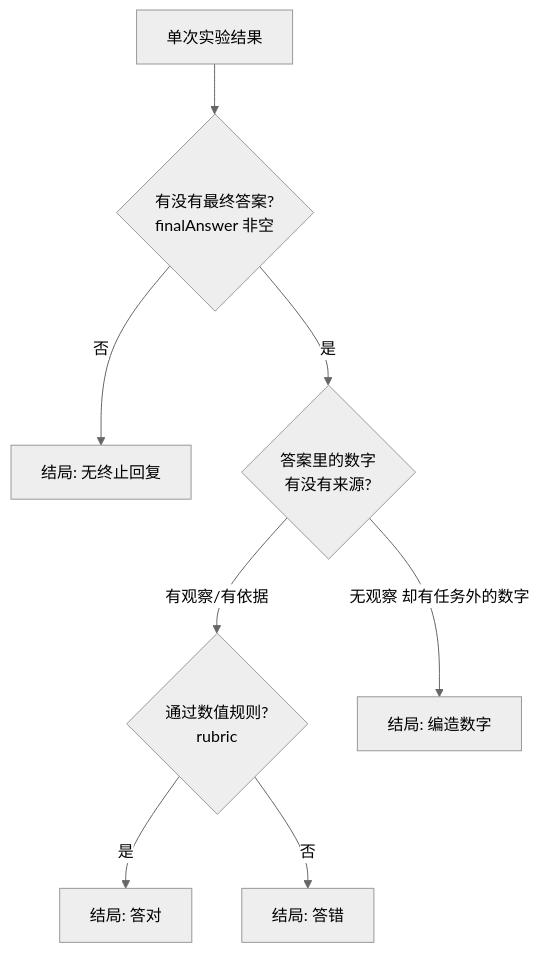
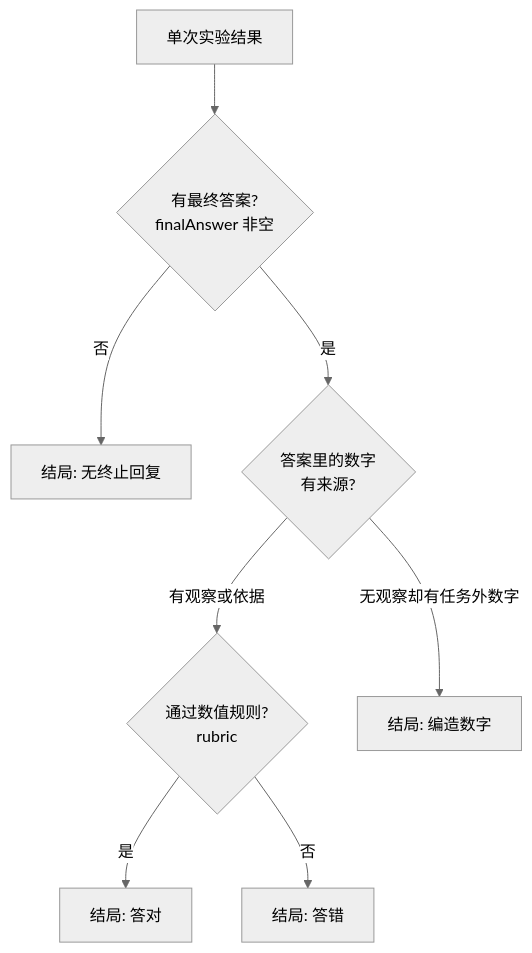
One commit to AzureWynn/ai-agent-book-typescript changed the third of 4 diagrams in chapter1/context/README.md. Above: the diagram before and after it, drawn with Mermaid (neutral theme). The commit also changed other lines of this file and 1 other file, not shown here.

First line of the commit message:
docs: 修复所有 README 的 Mermaid 图语法兼容性

````diff
--- a/chapter1/context/README.md
+++ b/chapter1/context/README.md
@@ -154,10 +157,10 @@
 ```mermaid
 flowchart TD
-    R[单次实验结果] --> C{有没有最终答案?<br/>finalAnswer 非空}
-    C -- 否 --> O1[结局: 无终止回复]
-    C -- 是 --> G{答案里的数字<br/>有没有来源?}
-    G -- 有观察/有依据 --> T{通过数值规则?<br/>rubric}
-    G -- 无观察 却有任务外的数字 --> O2[结局: 编造数字]
-    T -- 是 --> O3[结局: 答对]
-    T -- 否 --> O4[结局: 答错]
+    R[单次实验结果] --> C{"有最终答案?<br/>finalAnswer 非空"}
+    C -->|否| O1[结局: 无终止回复]
+    C -->|是| G{"答案里的数字<br/>有来源?"}
+    G -->|有观察或依据| T{"通过数值规则?<br/>rubric"}
+    G -->|无观察却有任务外数字| O2[结局: 编造数字]
+    T -->|是| O3[结局: 答对]
+    T -->|否| O4[结局: 答错]
 ```
````
